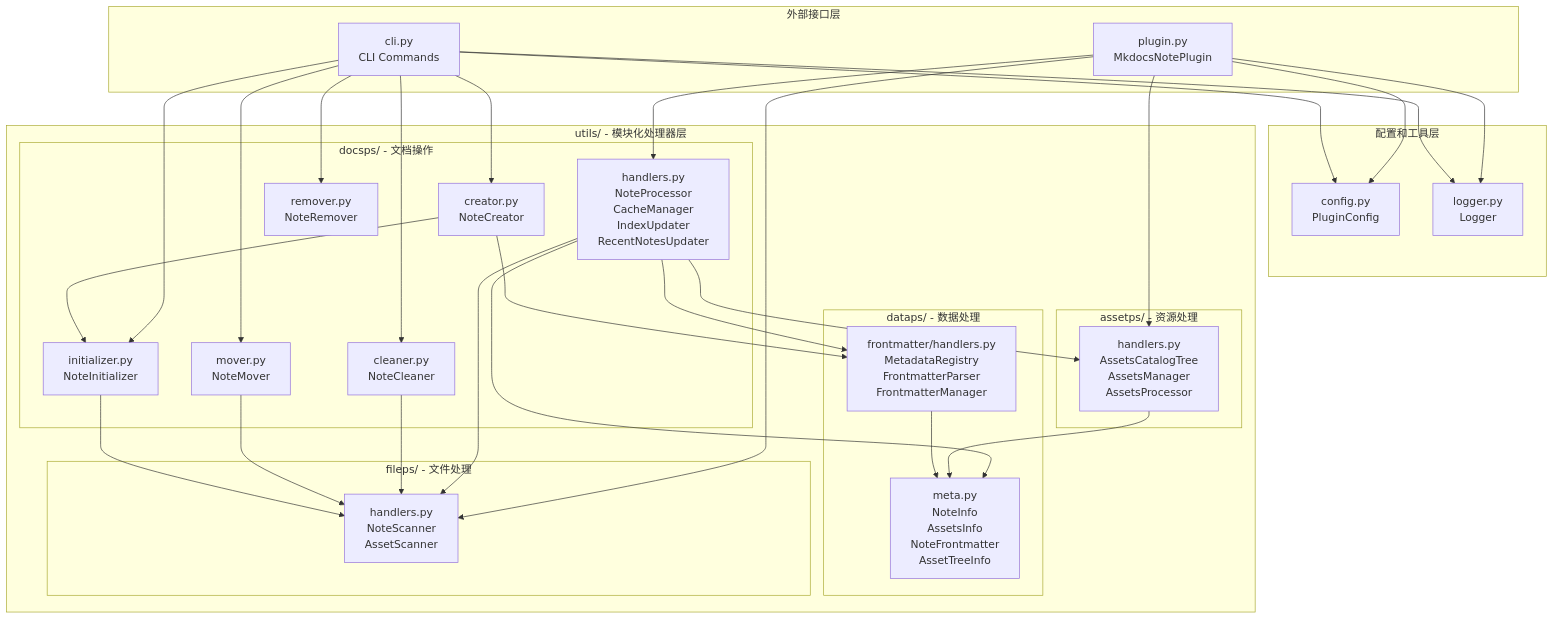
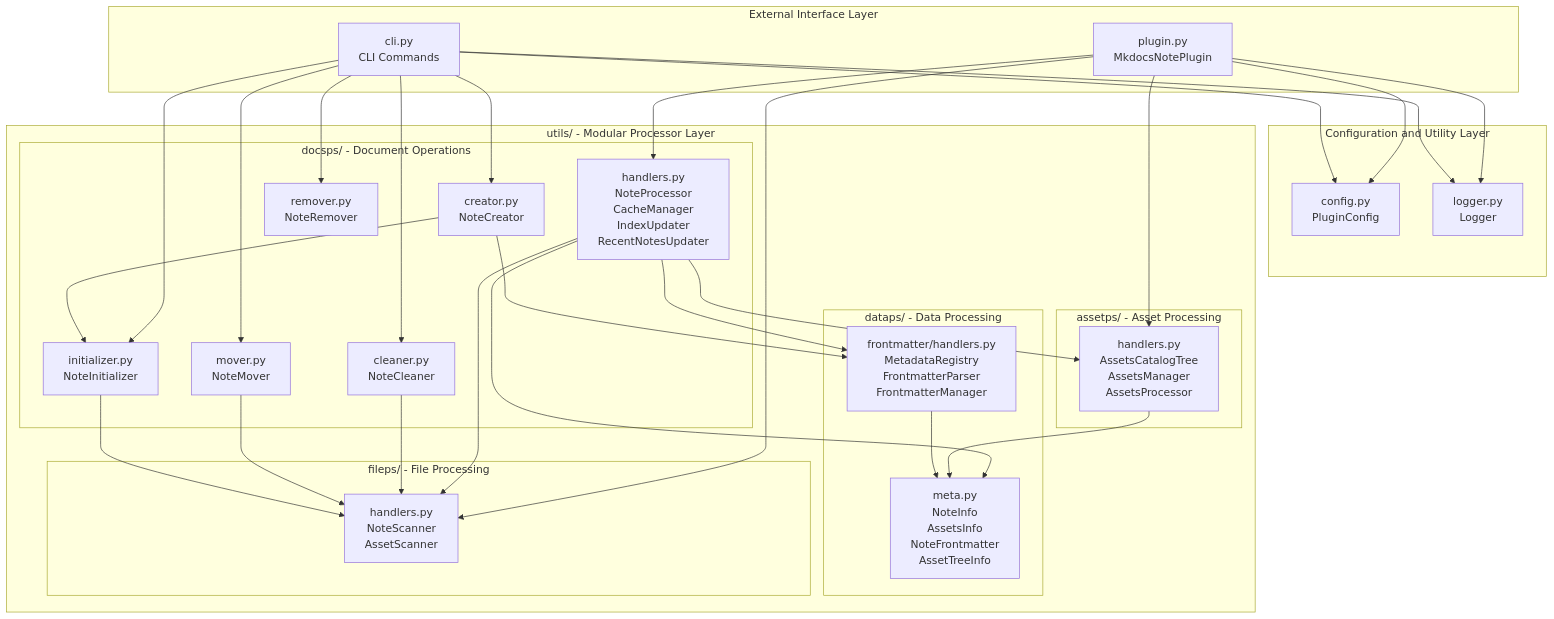
One commit to virtualguard101/mkdocs-note changed the first of 9 diagrams in docs/contributing/architecture.md. Above: the diagram before and after it, drawn with Mermaid. The commit also changed other lines of this file and 3 other files, not shown here.

````diff
--- a/docs/contributing/architecture.md
+++ b/docs/contributing/architecture.md
@@ -121,65 +111,65 @@
 ```mermaid
 graph TB
-    subgraph "外部接口层"
+    subgraph "External Interface Layer"
         Plugin[plugin.py<br/>MkdocsNotePlugin]
         CLI[cli.py<br/>CLI Commands]
     end
     
-    subgraph "配置和工具层"
+    subgraph "Configuration and Utility Layer"
         Config[config.py<br/>PluginConfig]
         Logger[logger.py<br/>Logger]
     end
     
-    subgraph "utils/ - 模块化处理器层"
-        subgraph "docsps/ - 文档操作"
+    subgraph "utils/ - Modular Processor Layer"
+        subgraph "docsps/ - Document Operations"
             DocsHandlers[handlers.py<br/>NoteProcessor<br/>CacheManager<br/>IndexUpdater<br/>RecentNotesUpdater]
             Creator[creator.py<br/>NoteCreator]
             Cleaner[cleaner.py<br/>NoteCleaner]
             Initializer[initializer.py<br/>NoteInitializer]
             Remover[remover.py<br/>NoteRemover]
             Mover[mover.py<br/>NoteMover]
         end
         
-        subgraph "assetps/ - 资源处理"
+        subgraph "assetps/ - Asset Processing"
             AssetsHandlers[handlers.py<br/>AssetsCatalogTree<br/>AssetsManager<br/>AssetsProcessor]
         end
         
-        subgraph "dataps/ - 数据处理"
+        subgraph "dataps/ - Data Processing"
             Meta[meta.py<br/>NoteInfo<br/>AssetsInfo<br/>NoteFrontmatter<br/>AssetTreeInfo]
             FrontmatterHandlers[frontmatter/handlers.py<br/>MetadataRegistry<br/>FrontmatterParser<br/>FrontmatterManager]
         end
         
-        subgraph "fileps/ - 文件处理"
+        subgraph "fileps/ - File Processing"
             FileHandlers[handlers.py<br/>NoteScanner<br/>AssetScanner]
         end
     end
     
     Plugin --> Config
     Plugin --> Logger
     Plugin --> FileHandlers
     Plugin --> DocsHandlers
     Plugin --> AssetsHandlers
     
     CLI --> Config
     CLI --> Logger
     CLI --> Creator
     CLI --> Initializer
     CLI --> Remover
     CLI --> Cleaner
     CLI --> Mover
     
     DocsHandlers --> FileHandlers
     DocsHandlers --> AssetsHandlers
     DocsHandlers --> FrontmatterHandlers
     DocsHandlers --> Meta
     
     Creator --> Initializer
     Creator --> FrontmatterHandlers
     
     Cleaner --> FileHandlers
     Mover --> FileHandlers
     Initializer --> FileHandlers
     
     AssetsHandlers --> Meta
     FrontmatterHandlers --> Meta
 ```
````
